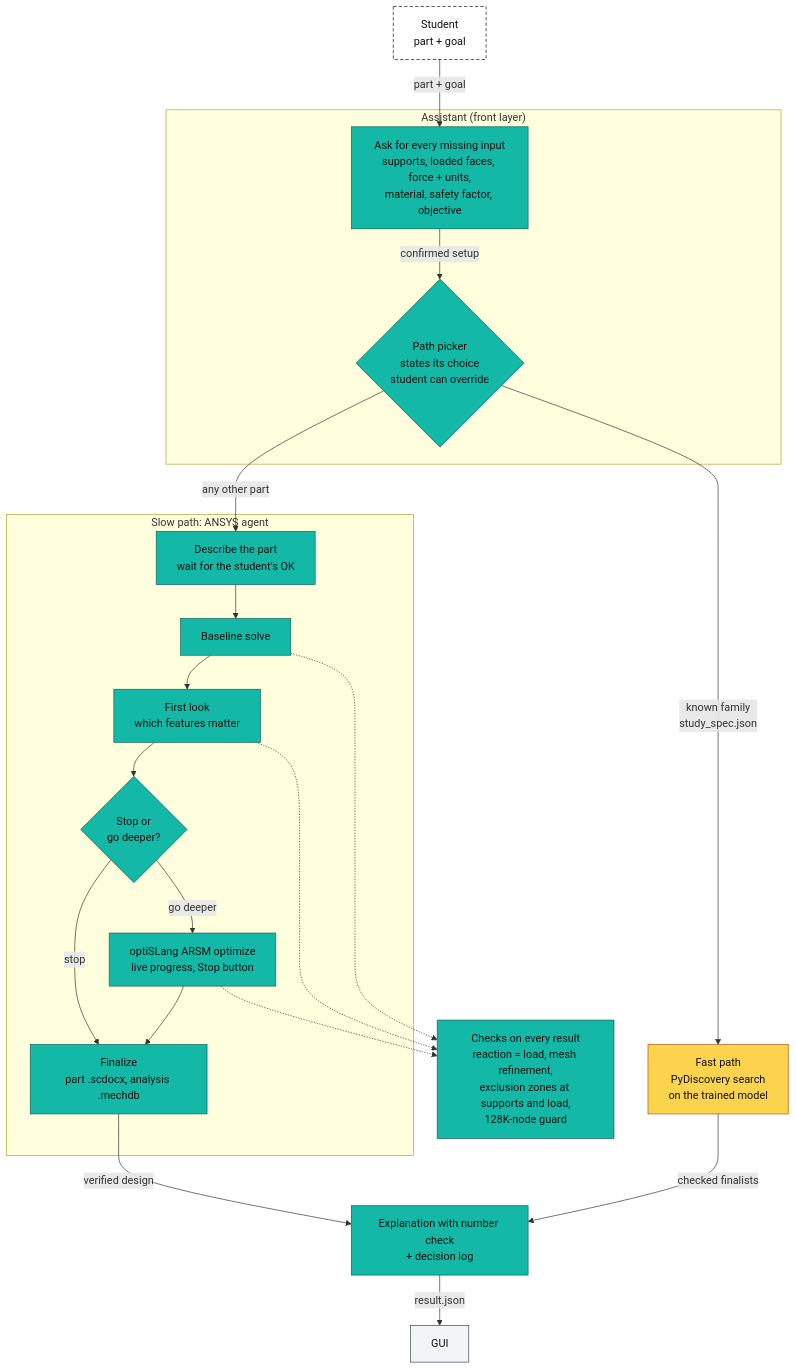
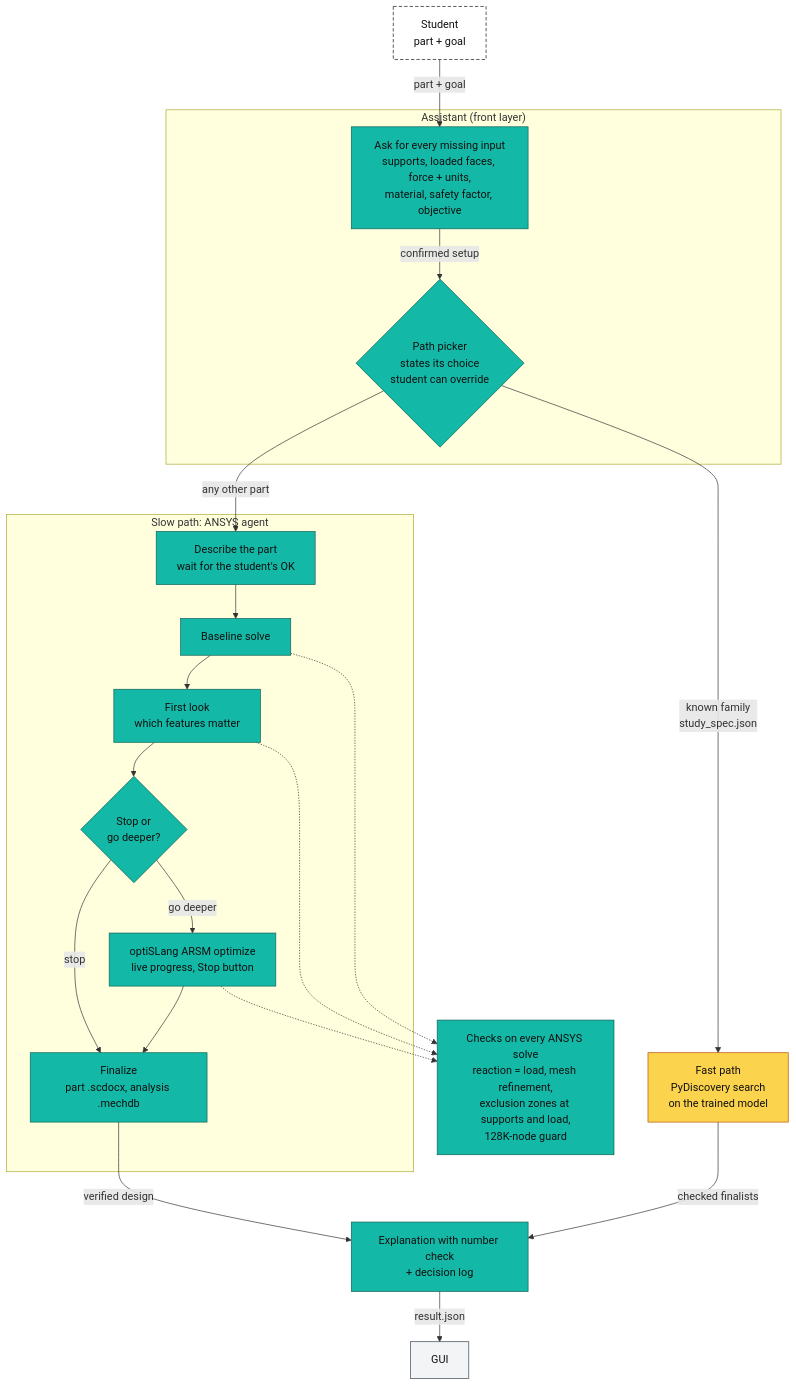
Before and after one commit to jackstev-edu/SimpleSim: the diagram in docs/figures/assistant-detail.mmd, drawn with Mermaid. The commit also changed 8 other files, not shown here.

First line of the commit message:
docs: fix review findings in system diagrams

```diff
--- a/docs/figures/assistant-detail.mmd
+++ b/docs/figures/assistant-detail.mmd
@@ -1,44 +1,44 @@
 graph TD
   S["Student<br/>part + goal"]
 
   subgraph FL["Assistant (front layer)"]
     Q["Ask for every missing input<br/>supports, loaded faces, force + units,<br/>material, safety factor, objective"]
     P{"Path picker<br/>states its choice<br/>student can override"}
   end
 
   M["Fast path<br/>PyDiscovery search<br/>on the trained model"]
 
   subgraph AG["Slow path: ANSYS agent"]
     D1["Describe the part<br/>wait for the student's OK"]
     B["Baseline solve"]
     F["First look<br/>which features matter"]
     K{"Stop or<br/>go deeper?"}
     O["optiSLang ARSM optimize<br/>live progress, Stop button"]
     Z["Finalize<br/>part .scdocx, analysis .mechdb"]
   end
 
-  C["Checks on every result<br/>reaction = load, mesh refinement,<br/>exclusion zones at supports and load,<br/>128K-node guard"]
+  C["Checks on every ANSYS solve<br/>reaction = load, mesh refinement,<br/>exclusion zones at supports and load,<br/>128K-node guard"]
   E["Explanation with number check<br/>+ decision log"]
 
   S -->|"part + goal"| Q
   Q -->|"confirmed setup"| P
   P -->|"known family<br/>study_spec.json"| M
   P -->|"any other part"| D1
   D1 --> B --> F --> K
   K -->|"go deeper"| O --> Z
   K -->|"stop"| Z
   B -.-> C
   F -.-> C
   O -.-> C
   M -->|"checked finalists"| E
   Z -->|"verified design"| E
   E -->|"result.json"| U["GUI"]
 
   classDef role2 fill:#FCD34D,stroke:#B45309,color:#111111
   classDef role3 fill:#14B8A6,stroke:#0F5F57,color:#111111
   classDef role4 fill:#F3F4F6,stroke:#374151,color:#111111
   classDef user fill:#FFFFFF,stroke:#111111,stroke-dasharray:5 3,color:#111111
   class Q,P,D1,B,F,K,O,Z,C,E role3
   class M role2
   class U role4
   class S user
```
